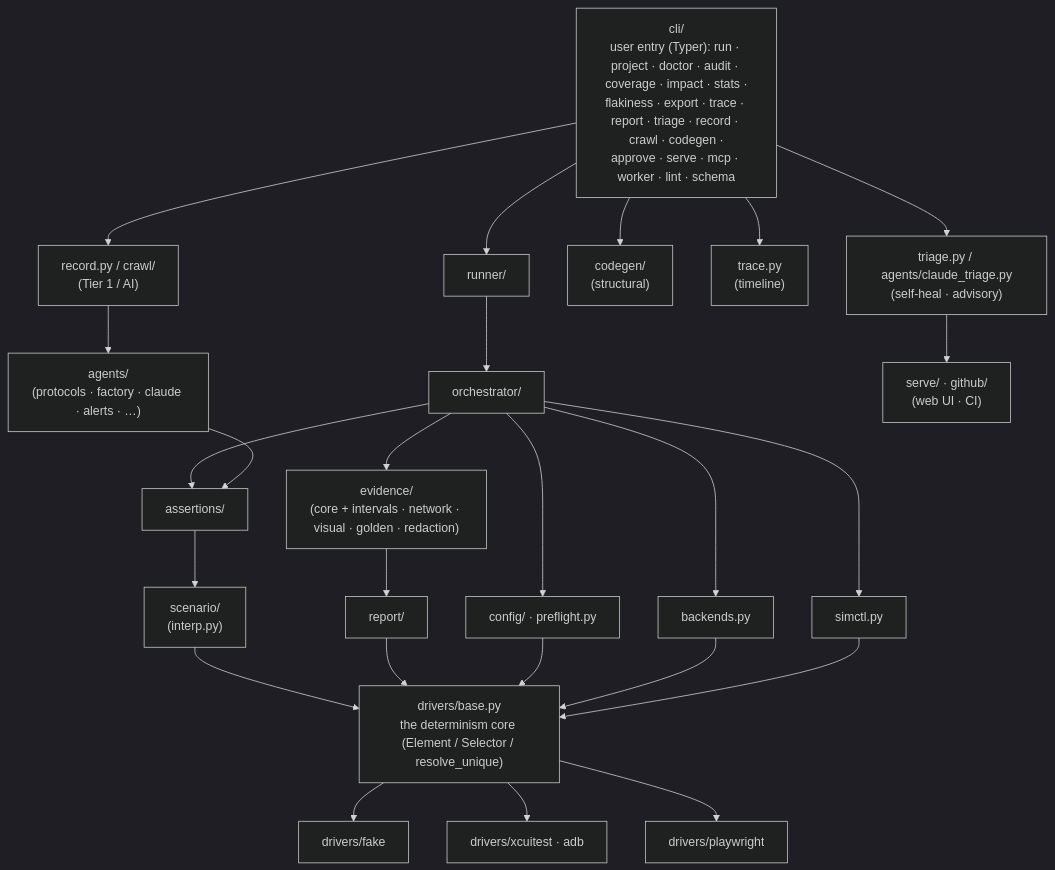
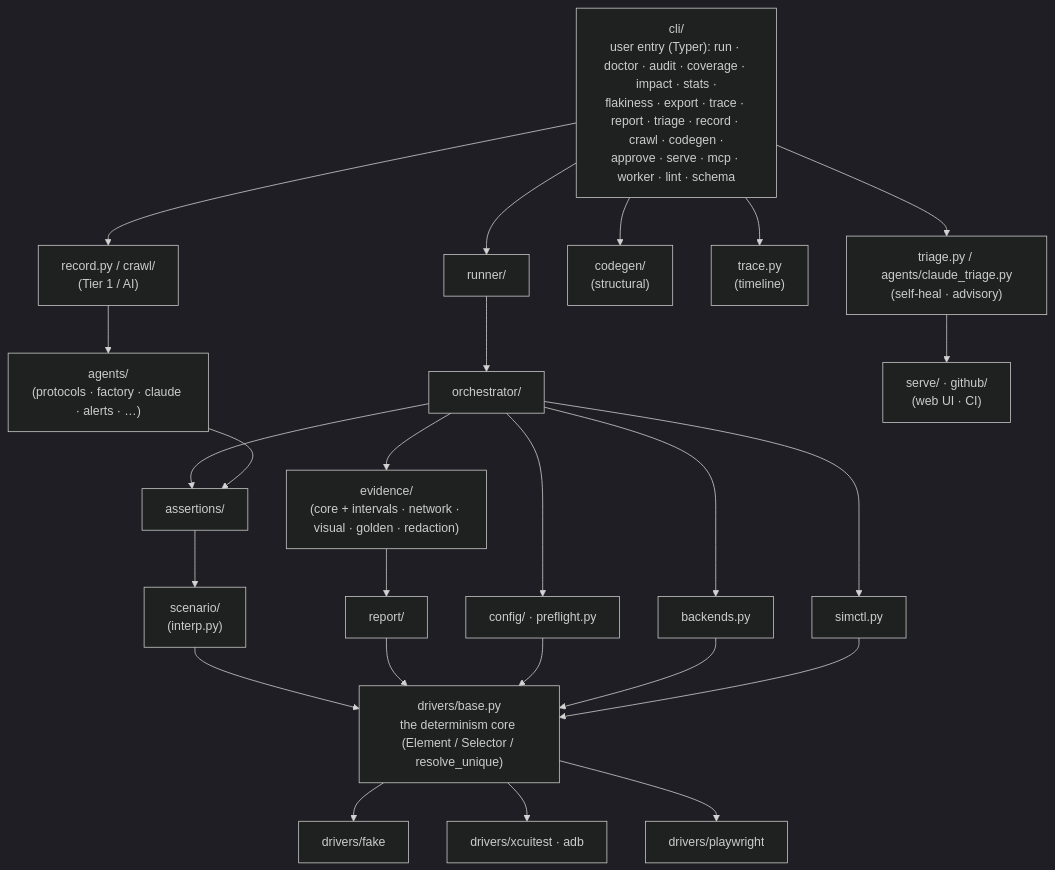
The second of 2 diagrams in docs/architecture.md (bajutsu-e2e/bajutsu), drawn with Mermaid (dark theme) before and after one commit. The commit also changed other lines of this file and 94 other files, not shown here.

First line of the commit message:
feat(serve): collapse the project layer into the org and the target

````diff
--- a/docs/architecture.md
+++ b/docs/architecture.md
@@ -136,59 +136,59 @@
 ```mermaid
 flowchart TB
-    cli["cli/<br/>user entry (Typer): run · project · doctor · audit · coverage · impact · stats ·<br/>flakiness · export · trace · report · triage · record · crawl · codegen ·<br/>approve · serve · mcp · worker · lint · schema"]
+    cli["cli/<br/>user entry (Typer): run · doctor · audit · coverage · impact · stats ·<br/>flakiness · export · trace · report · triage · record · crawl · codegen ·<br/>approve · serve · mcp · worker · lint · schema"]
 
     runner["runner/"]
     record["record.py / crawl/<br/>(Tier 1 / AI)"]
     codegen["codegen/<br/>(structural)"]
     trace["trace.py<br/>(timeline)"]
     triage["triage.py / agents/claude_triage.py<br/>(self-heal · advisory)"]
 
     orch["orchestrator/"]
     agentStuff["agents/<br/>(protocols · factory · claude · alerts · …)"]
     serveGh["serve/ · github/<br/>(web UI · CI)"]
 
     assertions["assertions/"]
     evidence["evidence/<br/>(core + intervals · network · visual · golden · redaction)"]
 
     scenario["scenario/<br/>(interp.py)"]
     report["report/"]
     config["config/ · preflight.py"]
     backends["backends.py"]
     simctl["simctl.py"]
 
     base["drivers/base.py<br/>the determinism core (Element / Selector / resolve_unique)"]
 
     fake["drivers/fake"]
     ios["drivers/xcuitest · adb"]
     pw["drivers/playwright"]
 
     cli --> runner
     cli --> record
     cli --> codegen
     cli --> trace
     cli --> triage
 
     runner --> orch
     record --> agentStuff
     triage --> serveGh
 
     orch --> assertions
     orch --> evidence
     agentStuff --> assertions
 
     assertions --> scenario
     evidence --> report
     orch --> config
     orch --> backends
     orch --> simctl
 
     scenario --> base
     report --> base
     config --> base
     backends --> base
     simctl --> base
 
     base --> fake
     base --> ios
     base --> pw
 ```
````
